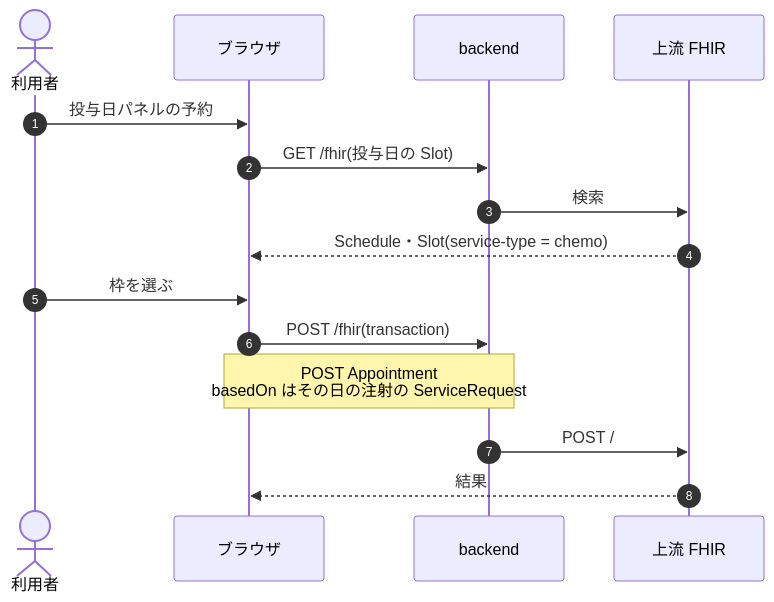
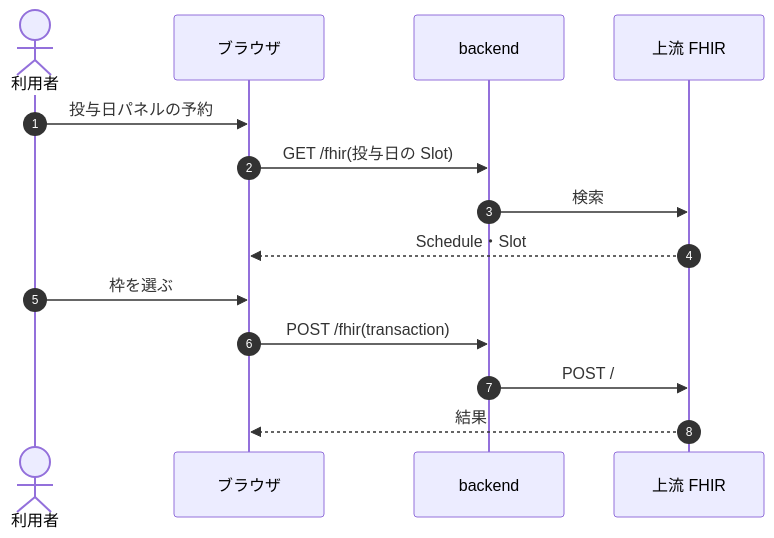
One commit to ysnr-dev/fhir-client-docs changed the fourth of 10 diagrams in docs/dev/chemotherapy.md. Above: the diagram before and after it, drawn with Mermaid. The commit also changed other lines of this file and 43 other files, not shown here.

Commit message:
docs: 業務フローとシーケンス図を写し直し

````diff
--- a/docs/dev/chemotherapy.md
+++ b/docs/dev/chemotherapy.md
@@ -115,18 +196,17 @@
 ```mermaid
 sequenceDiagram
   autonumber
   actor Us as 利用者
   participant UI as ブラウザ
   participant BE as backend
   participant FHIR as 上流 FHIR
 
   Us->>UI: 投与日パネルの予約
   UI->>BE: GET /fhir(投与日の Slot)
   BE->>FHIR: 検索
-  FHIR-->>UI: Schedule・Slot(service-type = chemo)
+  FHIR-->>UI: Schedule・Slot
   Us->>UI: 枠を選ぶ
   UI->>BE: POST /fhir(transaction)
-  Note over UI,BE: POST Appointment<br/>basedOn はその日の注射の ServiceRequest
   BE->>FHIR: POST /
   FHIR-->>UI: 結果
 ```
````
